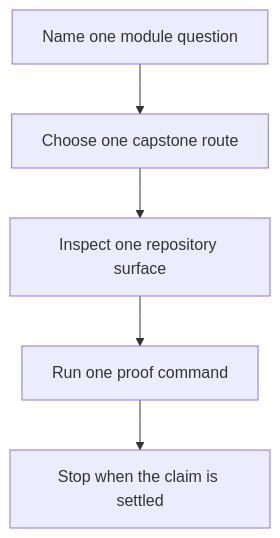
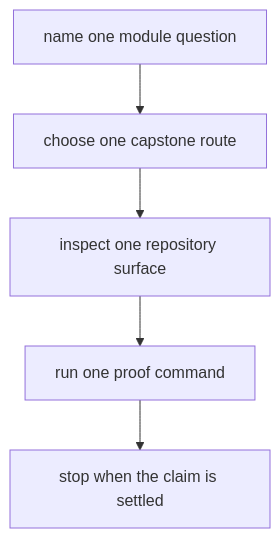
The diagram in programs/reproducible-research/deep-dive-snakemake/course-book/capstone/capstone-map.md (bijux/bijux-masterclass), drawn with Mermaid before and after one commit. The commit also changed other lines of this file and 2 other files, not shown here.

Commit message:
docs(snakemake): strengthen capstone entry routes

````diff
--- a/programs/reproducible-research/deep-dive-snakemake/course-book/capstone/capstone-map.md
+++ b/programs/reproducible-research/deep-dive-snakemake/course-book/capstone/capstone-map.md
@@ -46,7 +35,7 @@
 ```mermaid
 flowchart TD
-  question["Name one module question"] --> route["Choose one capstone route"]
-  route --> surface["Inspect one repository surface"]
-  surface --> proof["Run one proof command"]
-  proof --> stop["Stop when the claim is settled"]
+  question["name one module question"] --> route["choose one capstone route"]
+  route --> surface["inspect one repository surface"]
+  surface --> proof["run one proof command"]
+  proof --> stop["stop when the claim is settled"]
 ```
````
